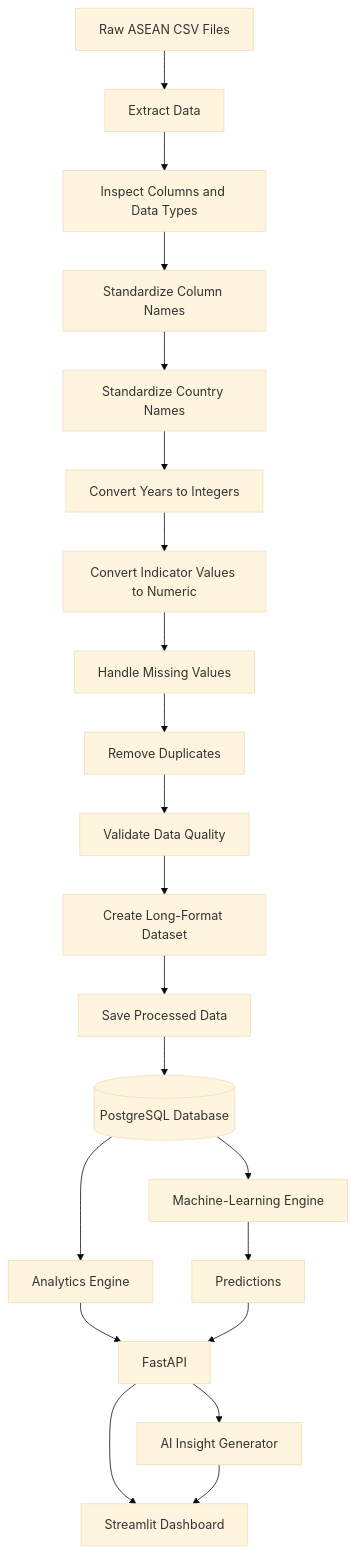
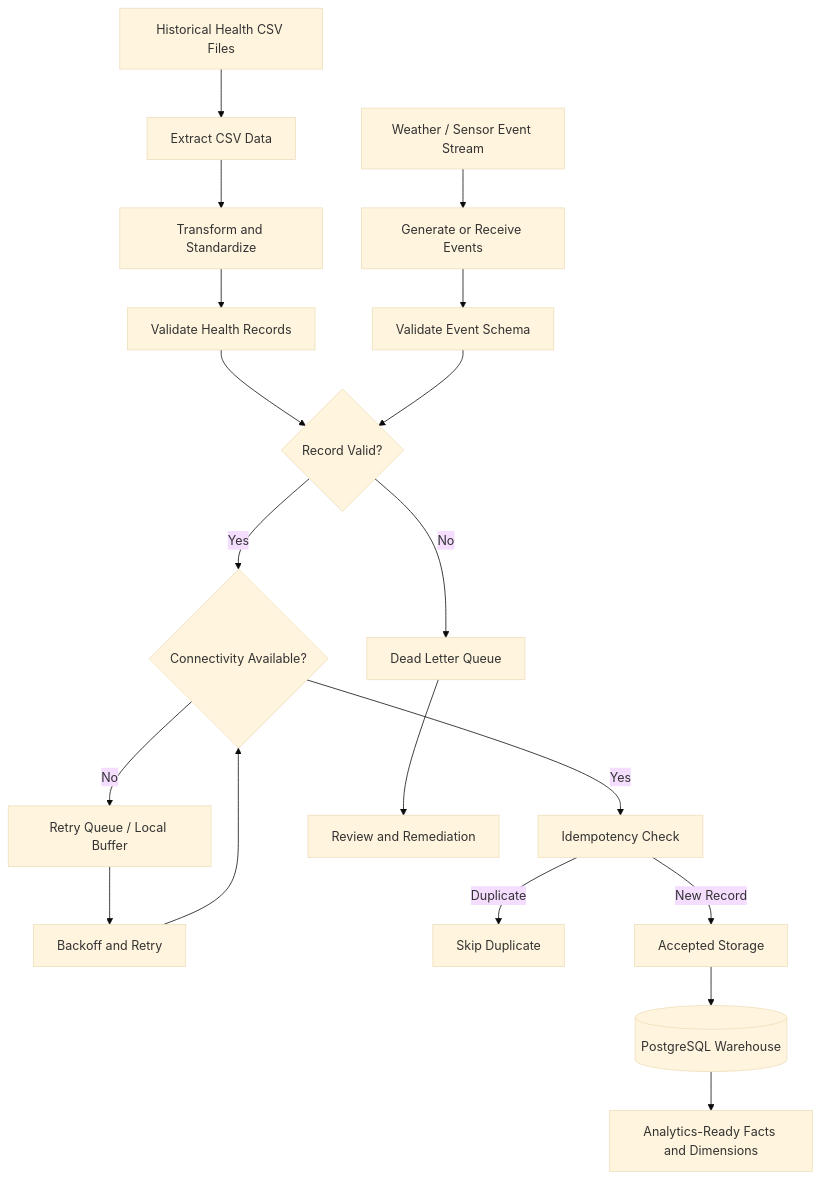
The diagram in docs/architecture/02_data_flow.md (DevDataMLOps/Project-Rising), drawn with Mermaid (base theme) before and after one commit. The commit also changed other lines of this file and 4 other files, not shown here.

Commit message:
Align architecture docs with resilient data pipeline

````diff
--- a/docs/architecture/02_data_flow.md
+++ b/docs/architecture/02_data_flow.md
@@ -11,26 +15,28 @@
 ```mermaid
 flowchart TD
-    A[Raw ASEAN CSV Files] --> B[Extract Data]
-    B --> C[Inspect Columns and Data Types]
-    C --> D[Standardize Column Names]
-    D --> E[Standardize Country Names]
-    E --> F[Convert Years to Integers]
-    F --> G[Convert Indicator Values to Numeric]
-    G --> H[Handle Missing Values]
-    H --> I[Remove Duplicates]
-    I --> J[Validate Data Quality]
-    J --> K[Create Long-Format Dataset]
-    K --> L[Save Processed Data]
-    L --> M[(PostgreSQL Database)]
+    A[Historical Health CSV Files] --> B[Extract CSV Data]
+    B --> C[Transform and Standardize]
+    C --> D[Validate Health Records]
 
-    M --> N[Analytics Engine]
-    M --> O[Machine-Learning Engine]
+    E[Weather / Sensor Event Stream] --> F[Generate or Receive Events]
+    F --> G[Validate Event Schema]
 
-    N --> P[FastAPI]
-    O --> Q[Predictions]
-    Q --> P
+    D --> H{Record Valid?}
+    G --> H
 
-    P --> R[Streamlit Dashboard]
-    P --> S[AI Insight Generator]
-    S --> R
+    H -->|No| I[Dead Letter Queue]
+    H -->|Yes| J{Connectivity Available?}
+
+    J -->|No| K[Retry Queue / Local Buffer]
+    K --> L[Backoff and Retry]
+    L --> J
+
+    J -->|Yes| M[Idempotency Check]
+    M -->|Duplicate| N[Skip Duplicate]
+    M -->|New Record| O[Accepted Storage]
+
+    O --> P[(PostgreSQL Warehouse)]
+    I --> Q[Review and Remediation]
+
+    P --> R[Analytics-Ready Facts and Dimensions]
 ```
````
